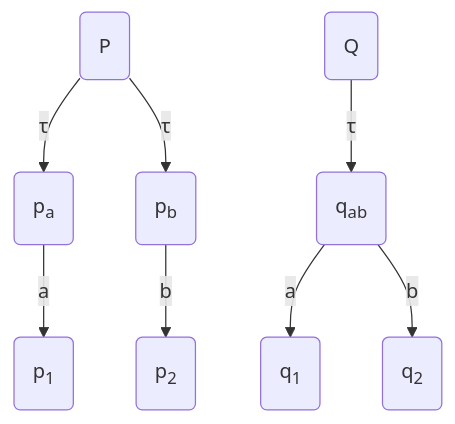
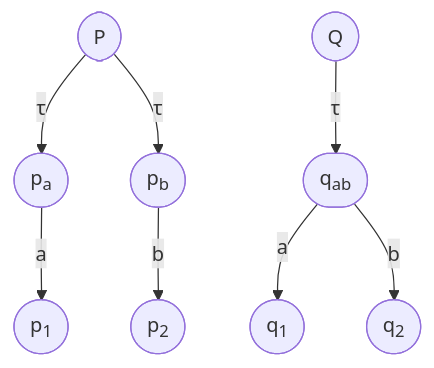
The first of 5 diagrams in 02_background.qmd (benkeks/generalized-equivalence-checking), drawn with Mermaid before and after one commit. The commit also changed other lines of this file and 2 other files, not shown here.

````diff
--- a/02_background.qmd
+++ b/02_background.qmd
@@ -41,11 +39,11 @@
   ```{mermaid}
   flowchart TD
-    p0(P) -- τ --> pA(p<sub>a</sub>)
-    p0 -- τ --> pB(p<sub>b</sub>)
-    pA -- a --> pA0(p<sub>1</sub>)
-    pB -- b --> pB0(p<sub>2</sub>)
+    p0([P]) -- τ --> pA([p<sub>a</sub>])
+    p0 -- τ --> pB([p<sub>b</sub>])
+    pA -- a --> pA0([p<sub>1</sub>])
+    pB -- b --> pB0([p<sub>2</sub>])
 
-    q0(Q) -- τ --> qAB(q<sub>ab</sub>)
-    qAB -- a --> qA(q<sub>1</sub>)
-    qAB -- b --> qB(q<sub>2</sub>)
+    q0([Q]) -- τ --> qAB([q<sub>ab</sub>])
+    qAB -- a --> qA([q<sub>1</sub>])
+    qAB -- b --> qB([q<sub>2</sub>])
   ```
````
